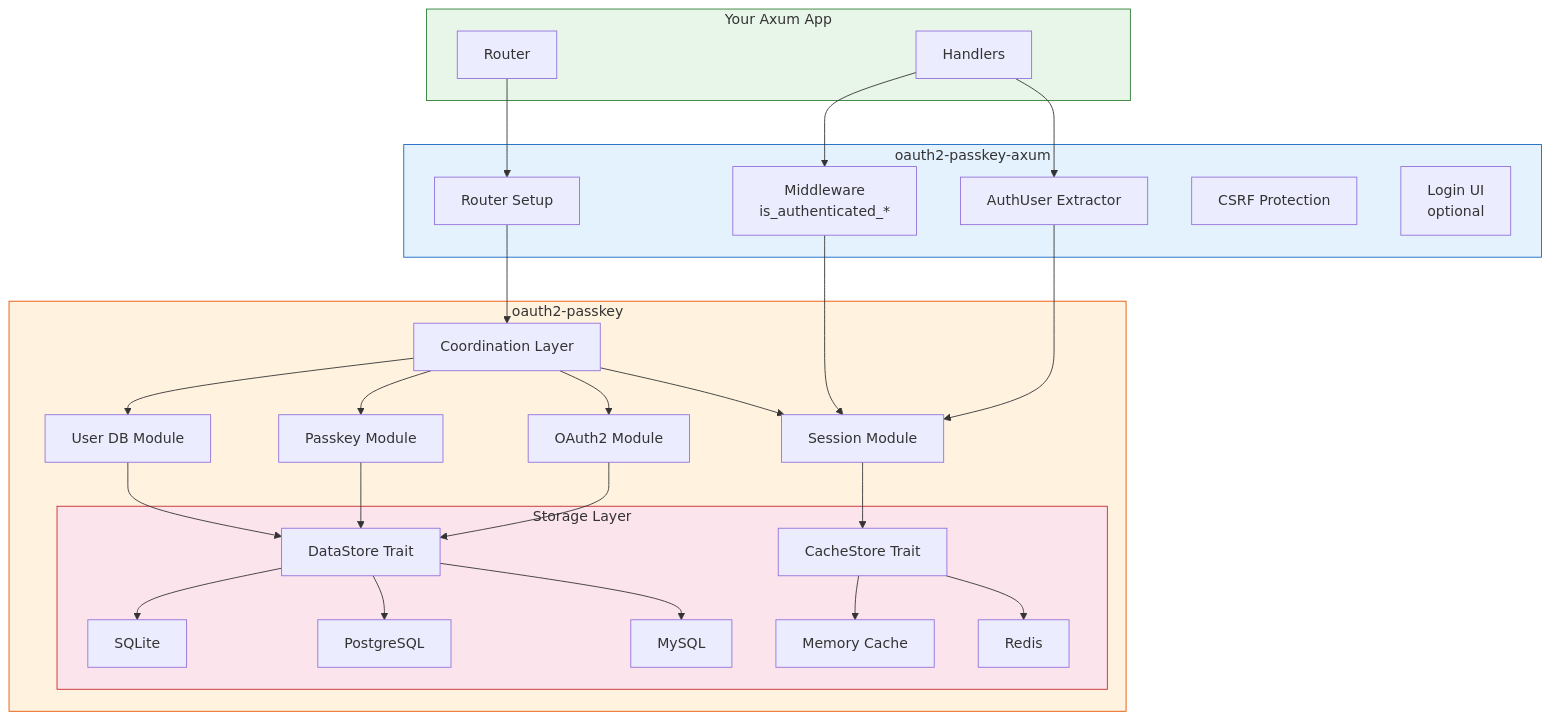
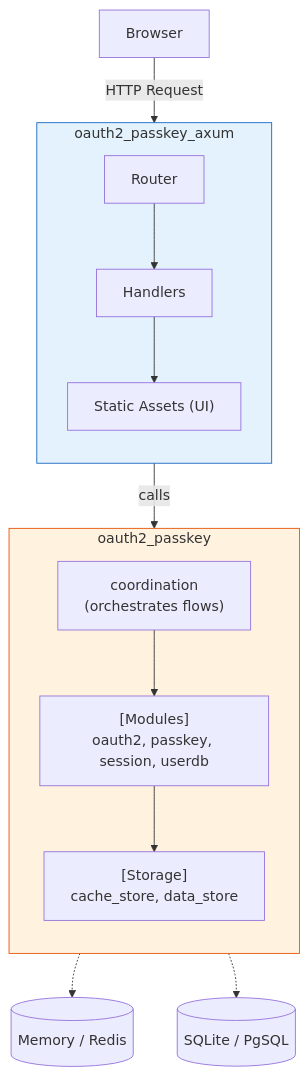
Before and after one commit to ktaka-ccmp/oauth2-passkey-talks: the diagram in 2026-03-31-tokyo-rust/diagrams/crate-structure.mmd, drawn with Mermaid. The commit also changed 10 other files, not shown here.

```diff
--- a/2026-03-31-tokyo-rust/diagrams/crate-structure.mmd
+++ b/2026-03-31-tokyo-rust/diagrams/crate-structure.mmd
@@ -1,55 +1,34 @@
-graph TB
-    subgraph APP["Your Axum App"]
-        H[Handlers]
-        R[Router]
+flowchart TD
+    BROWSER["Browser"]
+    
+    subgraph AXUM["oauth2_passkey_axum"]
+        direction TB
+        R["Router"]
+        H["Handlers"]
+        U["Static Assets (UI)"]
+        R --> H
+        H --> U
     end
 
-    subgraph AXUM["oauth2-passkey-axum"]
-        AR[Router Setup]
-        AU[AuthUser Extractor]
-        MW[Middleware<br/>is_authenticated_*]
-        CSRF[CSRF Protection]
-        UI[Login UI<br/>optional]
+    subgraph CORE["oauth2_passkey"]
+        direction TB
+        C["coordination<br>(orchestrates flows)"]
+        
+        M["[Modules]<br>oauth2, passkey, session, userdb"]
+        
+        S["[Storage]<br>cache_store, data_store"]
+        
+        C --> M
+        M --> S
     end
 
-    subgraph CORE["oauth2-passkey"]
-        COORD[Coordination Layer]
-        O2[OAuth2 Module]
-        PK[Passkey Module]
-        SESS[Session Module]
-        UDB[User DB Module]
-        subgraph STORAGE["Storage Layer"]
-            DS[DataStore Trait]
-            CS[CacheStore Trait]
-            SQ[SQLite]
-            PG[PostgreSQL]
-            MY[MySQL]
-            MEM[Memory Cache]
-            RED[Redis]
-        end
-    end
+    MEM[("Memory / Redis")]
+    SQL[("SQLite / PgSQL")]
 
-    R --> AR
-    H --> AU
-    H --> MW
-    AR --> COORD
-    AU --> SESS
-    MW --> SESS
-    COORD --> O2
-    COORD --> PK
-    COORD --> SESS
-    COORD --> UDB
-    O2 --> DS
-    PK --> DS
-    UDB --> DS
-    SESS --> CS
-    DS --> SQ
-    DS --> PG
-    DS --> MY
-    CS --> MEM
-    CS --> RED
+    BROWSER -->|HTTP Request| R
+    H -->|calls| C
+    S -.-> MEM
+    S -.-> SQL
 
-    style APP fill:#e8f5e9,stroke:#2e7d32
     style AXUM fill:#e3f2fd,stroke:#1565c0
     style CORE fill:#fff3e0,stroke:#e65100
-    style STORAGE fill:#fce4ec,stroke:#c62828
```
